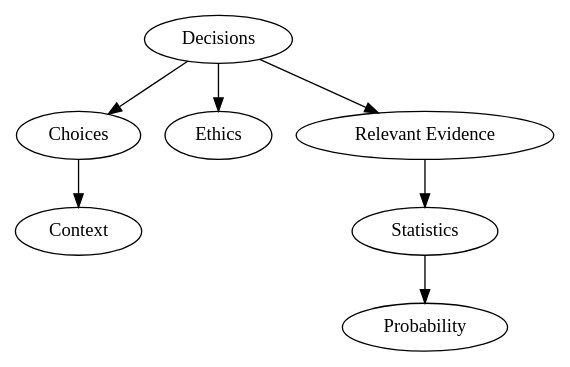
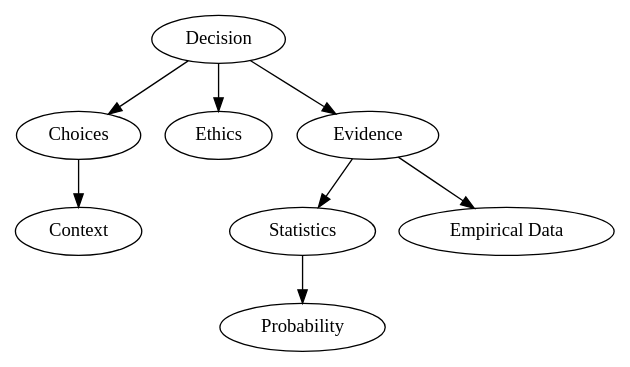
One commit to freeman42x/formalize-all-the-things changed the diagram in Concepts/Abstract.dot. Above: the diagram before and after it, drawn with Graphviz.

```diff
--- a/Concepts/Abstract.dot
+++ b/Concepts/Abstract.dot
@@ -1,8 +1,31 @@
 digraph G {
-  "Decisions" -> "Choices";
-  "Decisions" -> "Ethics";
-  "Decisions" -> "Relevant Evidence";
+
+  // TODO
+  // A weird concept related to freedom
+  // that humans think they can do
+  "Decision";
+
+  "Choices"
+
+  "Ethics"
+
+  "Evidence"
+
+  "Decision" -> "Choices";
+
+  "Decision" -> "Ethics";
+
+  "Decision" -> "Evidence";
+
+  // evolutionarily evolved decision constraint
+  // that optimizes for good of systems of agents
+  "Ethics";
+
   "Choices" -> "Context";
-  "Relevant Evidence" -> "Statistics";
+
+  "Evidence" -> "Statistics";
+
+  "Evidence" -> "Empirical Data";
+
   "Statistics" -> "Probability";
 }
```
